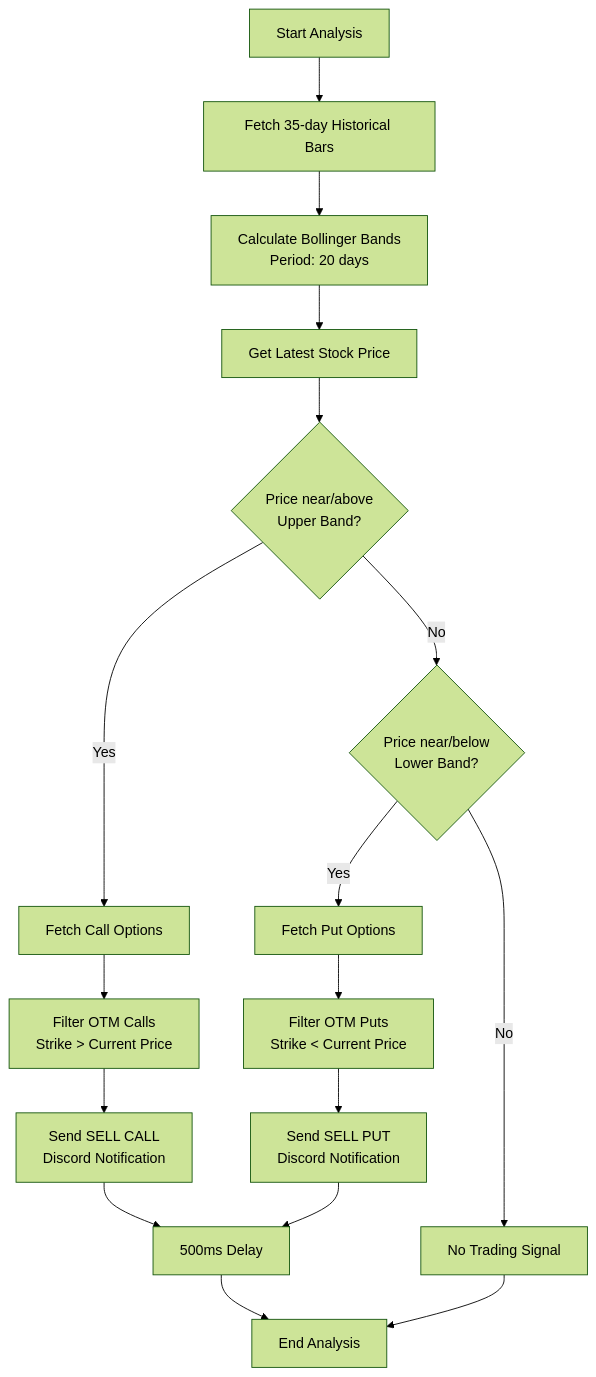
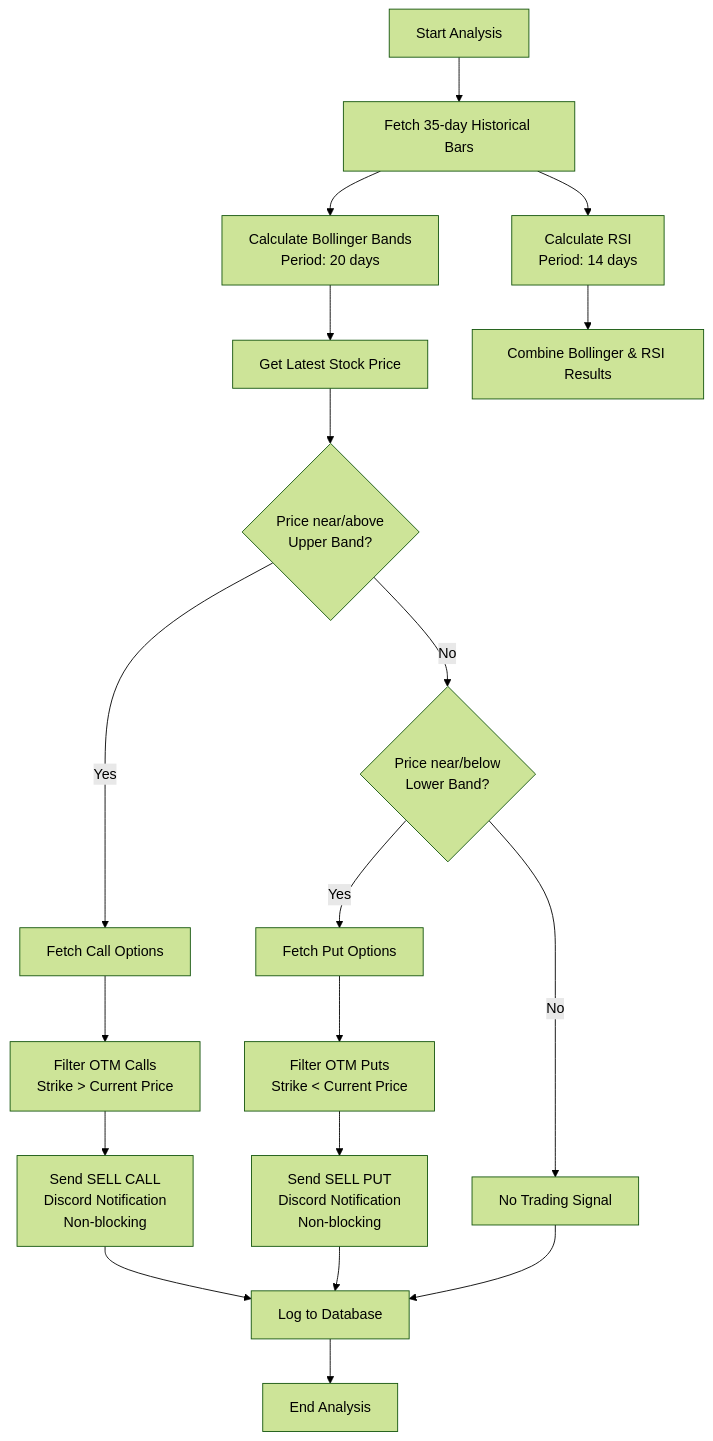
One commit to k-dang/bollinger-checker changed the third of 3 diagrams in ARCHITECTURE.md. Above: the diagram before and after it, drawn with Mermaid (forest theme). The commit also changed other lines of this file, not shown here.

Commit message:
chore: update architecture markdown

````diff
--- a/ARCHITECTURE.md
+++ b/ARCHITECTURE.md
@@ -80,22 +90,24 @@
 ```mermaid
 graph TD
     START[Start Analysis] --> FETCH_BARS[Fetch 35-day Historical Bars]
     FETCH_BARS --> CALC_BB[Calculate Bollinger Bands<br/>Period: 20 days]
+    FETCH_BARS --> CALC_RSI[Calculate RSI<br/>Period: 14 days]
     CALC_BB --> GET_PRICE[Get Latest Stock Price]
+    CALC_RSI --> COMBINE[Combine Bollinger & RSI Results]
     GET_PRICE --> CHECK_UPPER{Price near/above<br/>Upper Band?}
 
     CHECK_UPPER -->|Yes| FETCH_CALLS[Fetch Call Options]
     FETCH_CALLS --> FILTER_CALLS[Filter OTM Calls<br/>Strike > Current Price]
-    FILTER_CALLS --> NOTIFY_CALLS[Send SELL CALL<br/>Discord Notification]
+    FILTER_CALLS --> NOTIFY_CALLS[Send SELL CALL<br/>Discord Notification<br/>Non-blocking]
 
     CHECK_UPPER -->|No| CHECK_LOWER{Price near/below<br/>Lower Band?}
     CHECK_LOWER -->|Yes| FETCH_PUTS[Fetch Put Options]
     FETCH_PUTS --> FILTER_PUTS[Filter OTM Puts<br/>Strike < Current Price]
-    FILTER_PUTS --> NOTIFY_PUTS[Send SELL PUT<br/>Discord Notification]
+    FILTER_PUTS --> NOTIFY_PUTS[Send SELL PUT<br/>Discord Notification<br/>Non-blocking]
 
     CHECK_LOWER -->|No| NO_SIGNAL[No Trading Signal]
-    NOTIFY_CALLS --> DELAY[500ms Delay]
-    NOTIFY_PUTS --> DELAY
-    DELAY --> END[End Analysis]
-    NO_SIGNAL --> END
+    NOTIFY_CALLS --> LOG_DB[Log to Database]
+    NOTIFY_PUTS --> LOG_DB
+    NO_SIGNAL --> LOG_DB
+    LOG_DB --> END[End Analysis]
 ```
````
